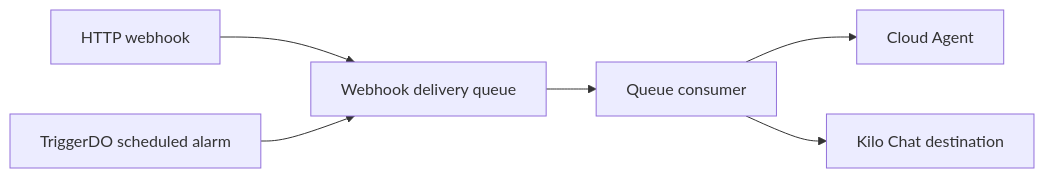
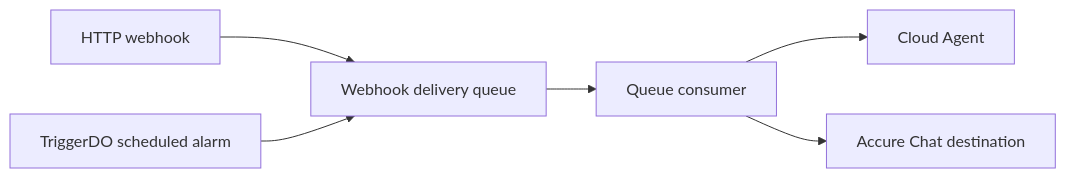
The second of 2 diagrams in packages/accure-docs/pages/contributing/architecture/automation-services.md (Accure-Inc/accure-code), drawn with Mermaid before and after one commit. The commit also changed other lines of this file and 2711 other files, not shown here.

Commit message:
feat: initialize core workspace architecture and component configuration

````diff
--- a/packages/accure-docs/pages/contributing/architecture/automation-services.md
+++ b/packages/accure-docs/pages/contributing/architecture/automation-services.md
@@ -153,15 +153,15 @@
 ```mermaid
 flowchart LR
   http["HTTP webhook"]
   schedule["TriggerDO scheduled alarm"]
   queue["Webhook delivery queue"]
   consumer["Queue consumer"]
   agent["Cloud Agent"]
-  chat["Kilo Chat destination"]
+  chat["Accure Chat destination"]
 
   http --> queue
   schedule --> queue
   queue --> consumer
   consumer --> agent
   consumer --> chat
 ```
````
